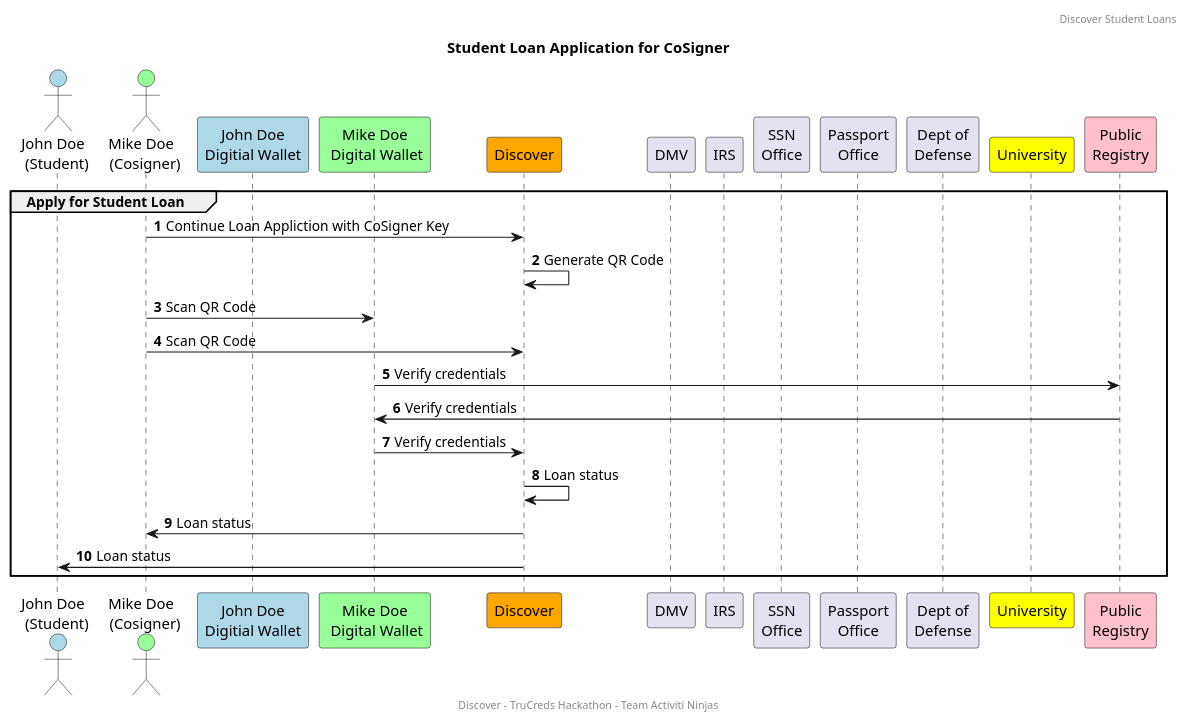
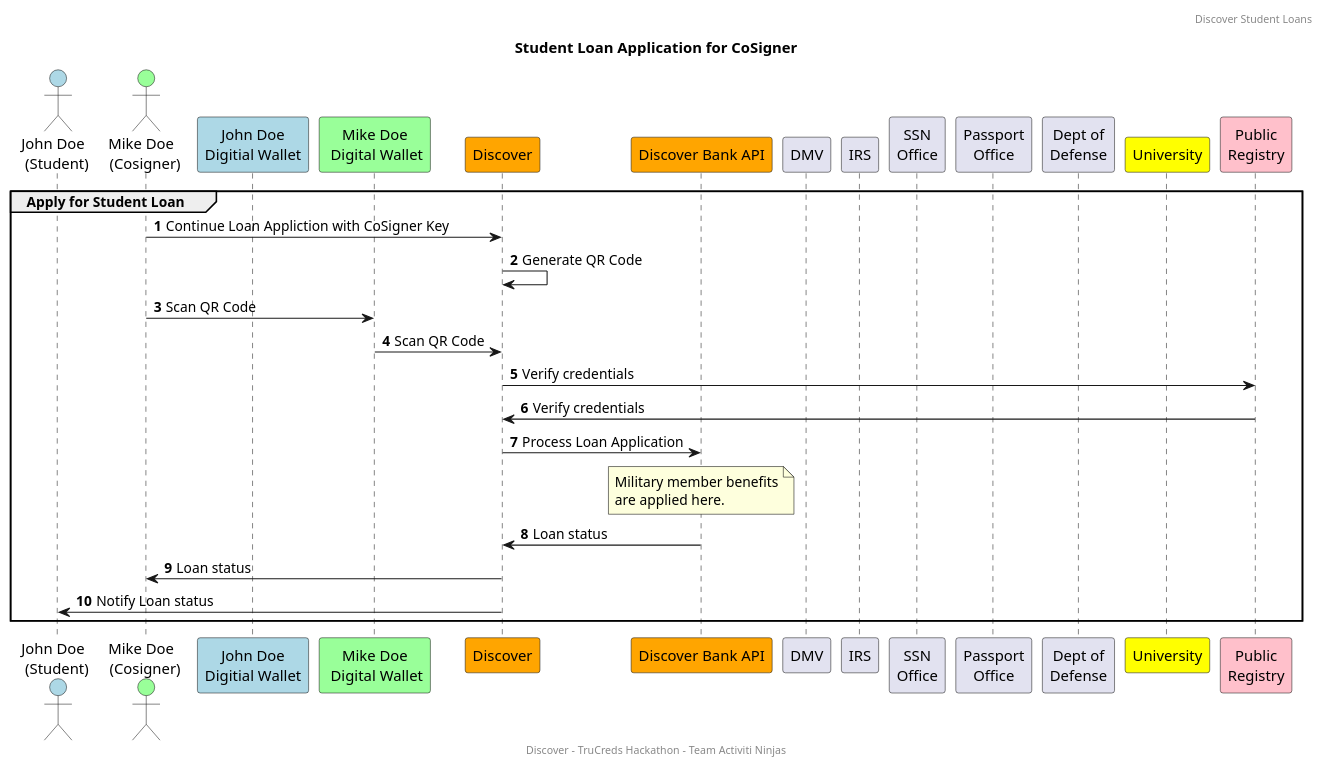
Before and after one commit to vikaspatil29/Repo-truecreds-activiti-ninjas: the diagram in designs/src/puml/3-Cosigner-app-seq.puml, drawn with PlantUML.

```diff
--- a/designs/src/puml/3-Cosigner-app-seq.puml
+++ b/designs/src/puml/3-Cosigner-app-seq.puml
@@ -1,37 +1,39 @@
 @startuml
 
 header Discover Student Loans
 footer Discover - TruCreds Hackathon - Team Activiti Ninjas
 
 title Student Loan Application for CoSigner
 
 autonumber 1
 skinparam noteBorderColor black
 
 actor "John Doe \n (Student)" as STUDENT #lightblue
 actor "Mike Doe \n (Cosigner)" as COSIGNER #99FF99
 participant "John Doe\nDigitial Wallet" as SWALLET #lightblue
 participant "Mike Doe\n Digital Wallet" as CWALLET #99FF99
 participant "Discover" as DFS #orange
+participant "Discover Bank API" as DFSAPI #orange
 participant "DMV" as DMV
 participant "IRS" as IRS
 participant "SSN\nOffice" as SSN
 participant "Passport\nOffice" as PASSPORT
 participant "Dept of\nDefense" as MILITARY
 participant "University" as UNIVERSITY #yellow
 participant "Public\nRegistry" as REGISTRY #pink
 
 group Apply for Student Loan
 COSIGNER->DFS: Continue Loan Appliction with CoSigner Key
 DFS->DFS: Generate QR Code
 COSIGNER->CWALLET: Scan QR Code
-COSIGNER->DFS: Scan QR Code
-CWALLET->REGISTRY: Verify credentials 
-REGISTRY->CWALLET: Verify credentials 
-CWALLET->DFS: Verify credentials 
-DFS->DFS: Loan status
+CWALLET->DFS: Scan QR Code
+DFS->REGISTRY: Verify credentials 
+REGISTRY->DFS: Verify credentials 
+DFS->DFSAPI: Process Loan Application 
+note over DFSAPI: Military member benefits\nare applied here.
+DFSAPI->DFS: Loan status
 DFS->COSIGNER: Loan status
-DFS->STUDENT: Loan status
+DFS->STUDENT: Notify Loan status
 end
 
 @enduml
```
